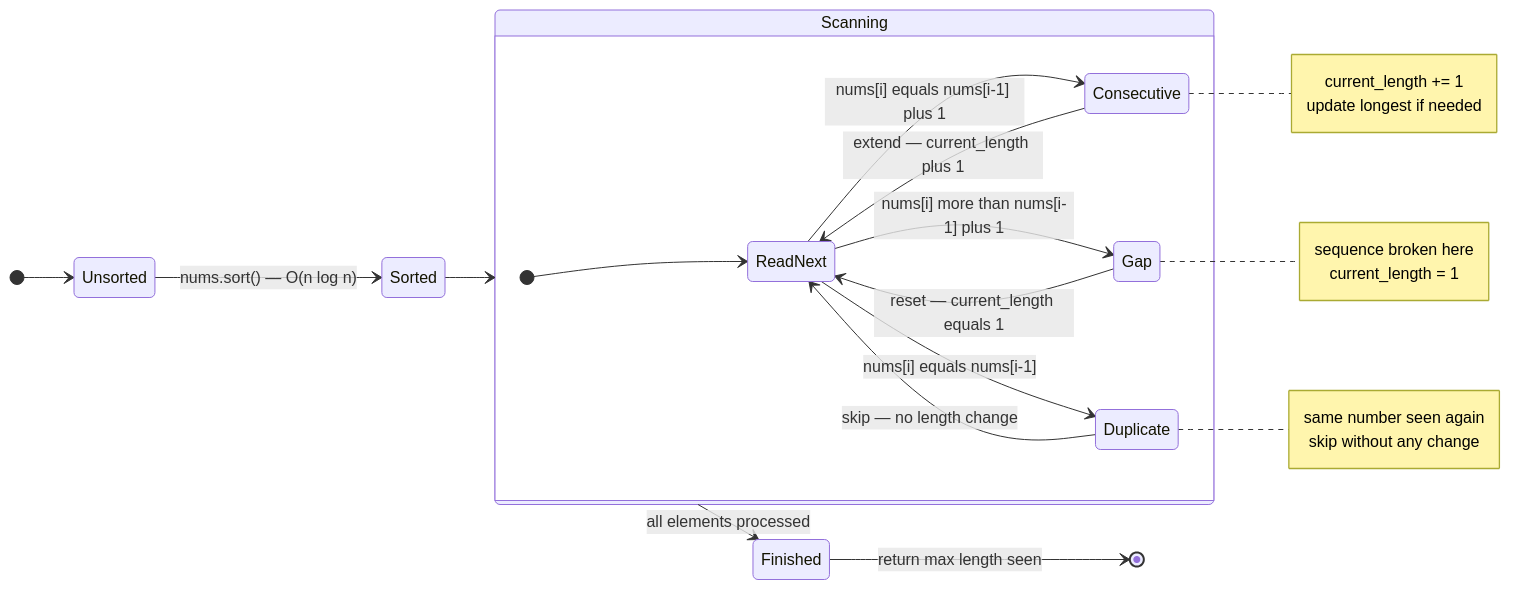
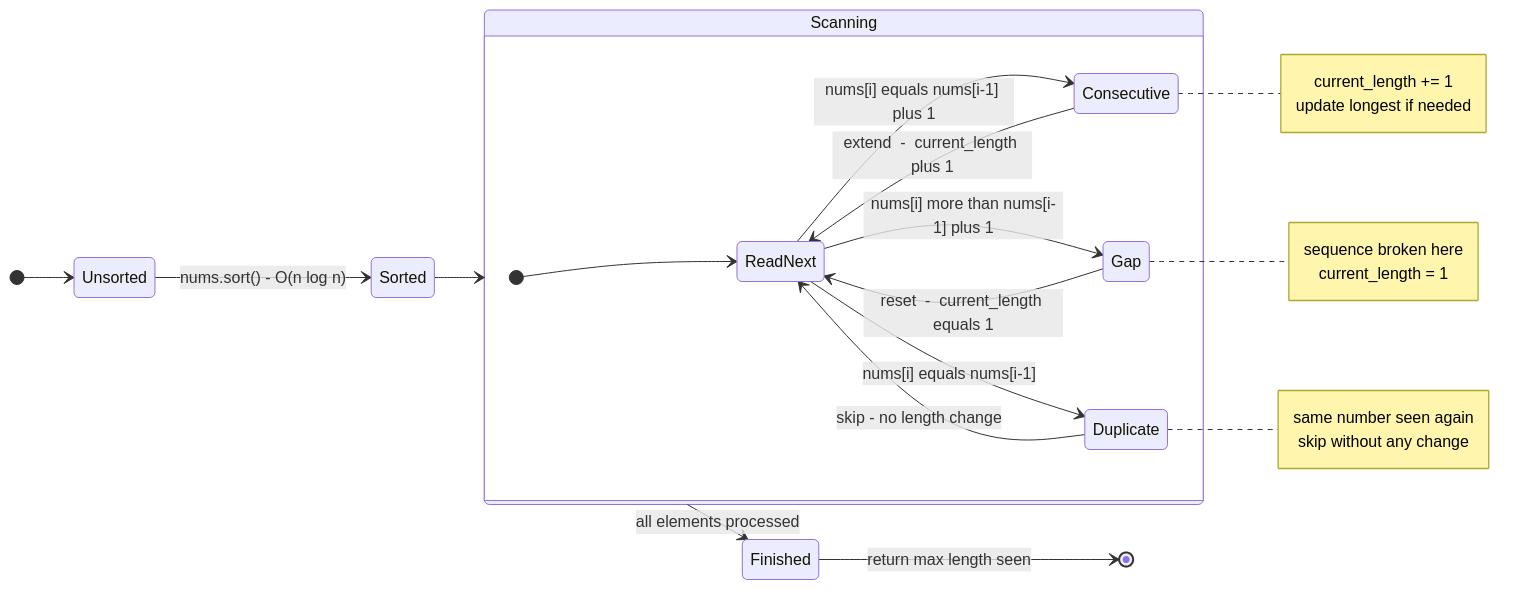
One commit to M-F-Tushar/LeetCode-Problem-Solving changed the fifth of 10 diagrams in 07 - Longest Consecutive Sequence/README.md. Above: the diagram before and after it, drawn with Mermaid. The commit also changed other lines of this file and 6 other files, not shown here.

Commit message:
fix diagram rendering

````diff
--- a/07 - Longest Consecutive Sequence/README.md
+++ b/07 - Longest Consecutive Sequence/README.md
@@ -300,35 +300,35 @@
 ```mermaid
 stateDiagram-v2
     direction LR
     [*] --> Unsorted
-    Unsorted --> Sorted : nums.sort() — O(n log n)
+    Unsorted --> Sorted : nums.sort()  -  O(n log n)
 
     state Scanning {
         [*] --> ReadNext
         ReadNext --> Duplicate : nums[i] equals nums[i-1]
         ReadNext --> Consecutive : nums[i] equals nums[i-1] plus 1
         ReadNext --> Gap : nums[i] more than nums[i-1] plus 1
-        Duplicate --> ReadNext : skip — no length change
-        Consecutive --> ReadNext : extend — current_length plus 1
-        Gap --> ReadNext : reset — current_length equals 1
+        Duplicate --> ReadNext : skip  -  no length change
+        Consecutive --> ReadNext : extend  -  current_length plus 1
+        Gap --> ReadNext : reset  -  current_length equals 1
     }
 
     Sorted --> Scanning
     Scanning --> Finished : all elements processed
     Finished --> [*] : return max length seen
 
     note right of Consecutive
         current_length += 1
         update longest if needed
     end note
 
     note right of Gap
         sequence broken here
         current_length = 1
     end note
 
     note right of Duplicate
         same number seen again
         skip without any change
     end note
 ```
````
